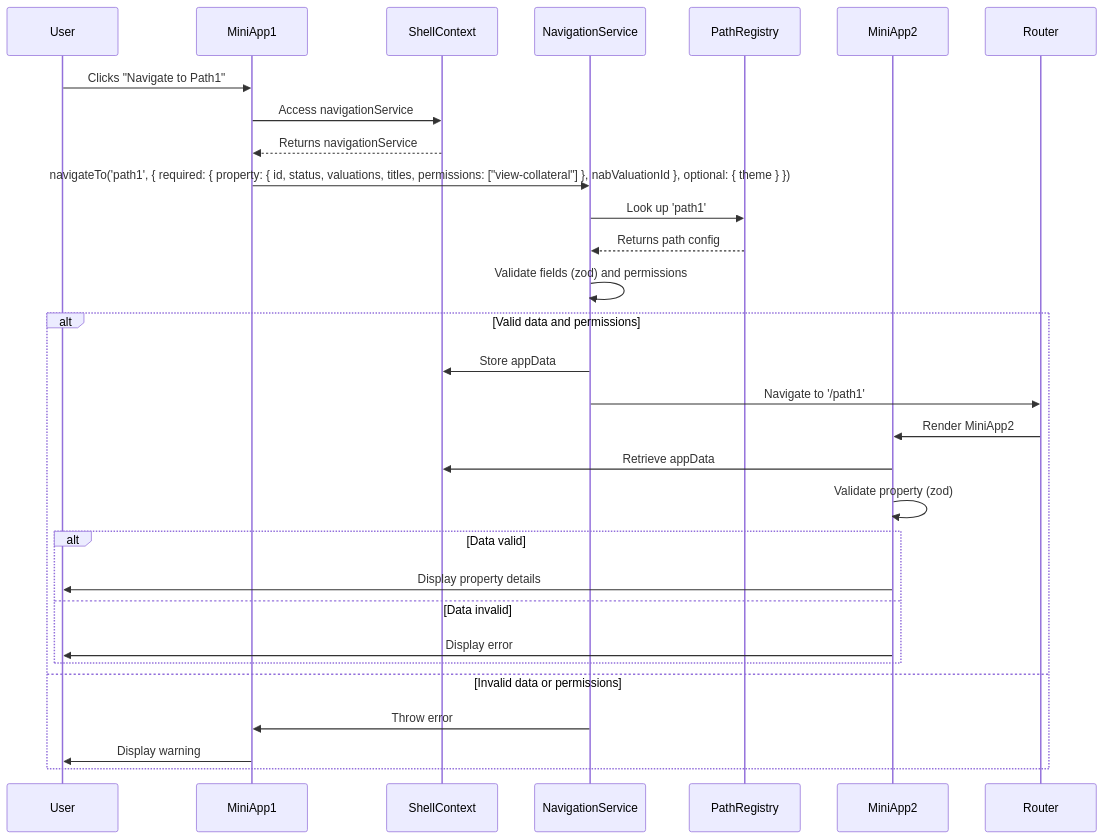
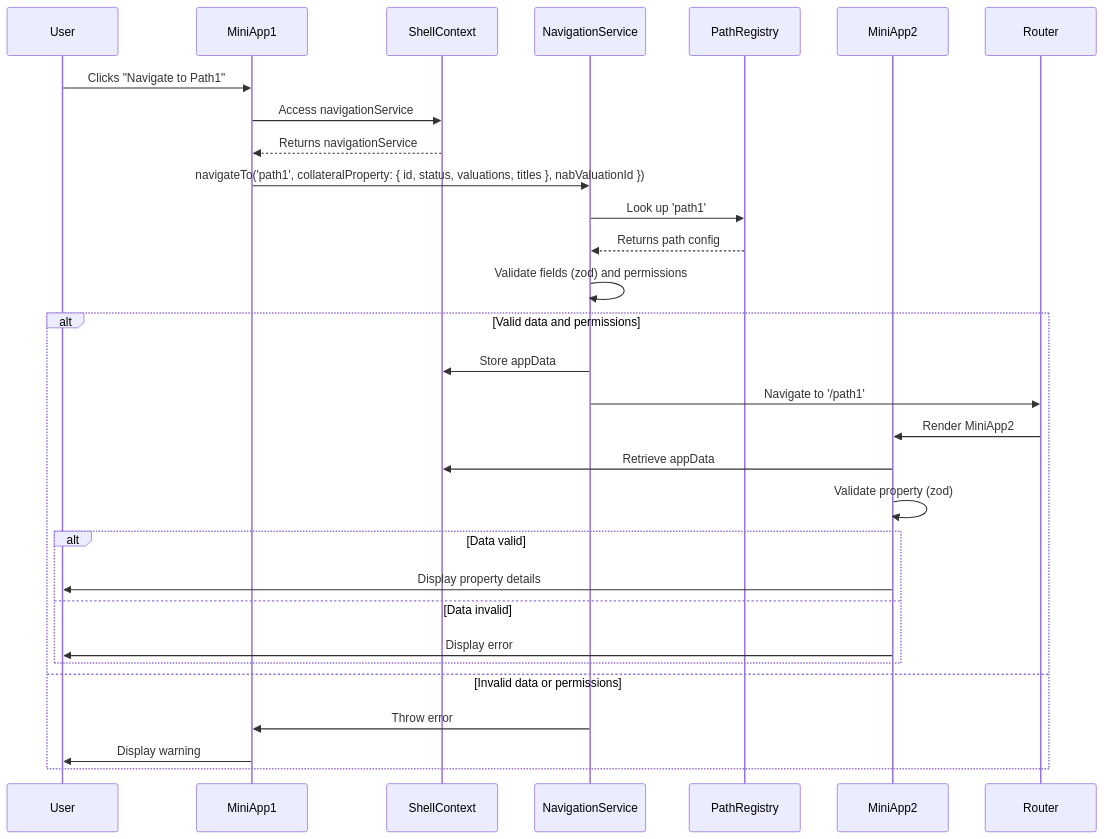
Before and after one commit to tuankhanld49/all-docs: the diagram in designs/react/key-concept.md, drawn with Mermaid. The commit also changed other lines of this file, not shown here.

````diff
--- a/designs/react/key-concept.md
+++ b/designs/react/key-concept.md
@@ -55,34 +55,34 @@
 ```mermaid
 sequenceDiagram
     participant User
     participant MiniApp1
     participant ShellContext
     participant NavigationService
     participant PathRegistry
     participant MiniApp2
     participant Router
 
     User->>MiniApp1: Clicks "Navigate to Path1"
     MiniApp1->>ShellContext: Access navigationService
     ShellContext-->>MiniApp1: Returns navigationService
-    MiniApp1->>NavigationService: navigateTo('path1', { required: { property: { id, status, valuations, titles, permissions: ["view-collateral"] }, nabValuationId }, optional: { theme } })
+    MiniApp1->>NavigationService: navigateTo('path1', collateralProperty: { id, status, valuations, titles }, nabValuationId })
     
     NavigationService->>PathRegistry: Look up 'path1'
     PathRegistry-->>NavigationService: Returns path config
     NavigationService->>NavigationService: Validate fields (zod) and permissions
     alt Valid data and permissions
         NavigationService->>ShellContext: Store appData
         NavigationService->>Router: Navigate to '/path1'
         Router->>MiniApp2: Render MiniApp2
         MiniApp2->>ShellContext: Retrieve appData
         MiniApp2->>MiniApp2: Validate property (zod)
         alt Data valid
             MiniApp2->>User: Display property details
         else Data invalid
             MiniApp2->>User: Display error
         end
     else Invalid data or permissions
         NavigationService->>MiniApp1: Throw error
         MiniApp1->>User: Display warning
     end
 ```
````
